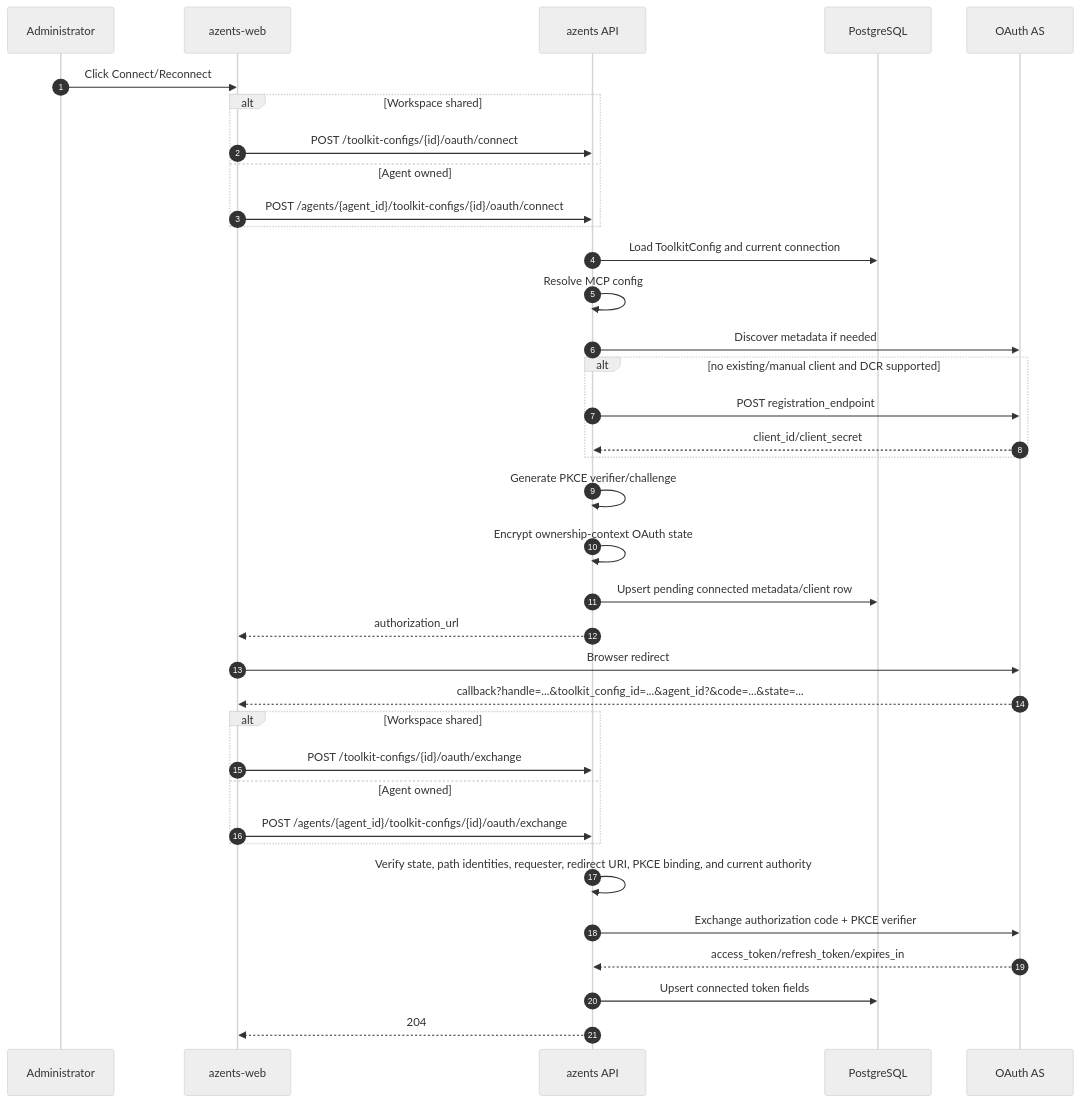
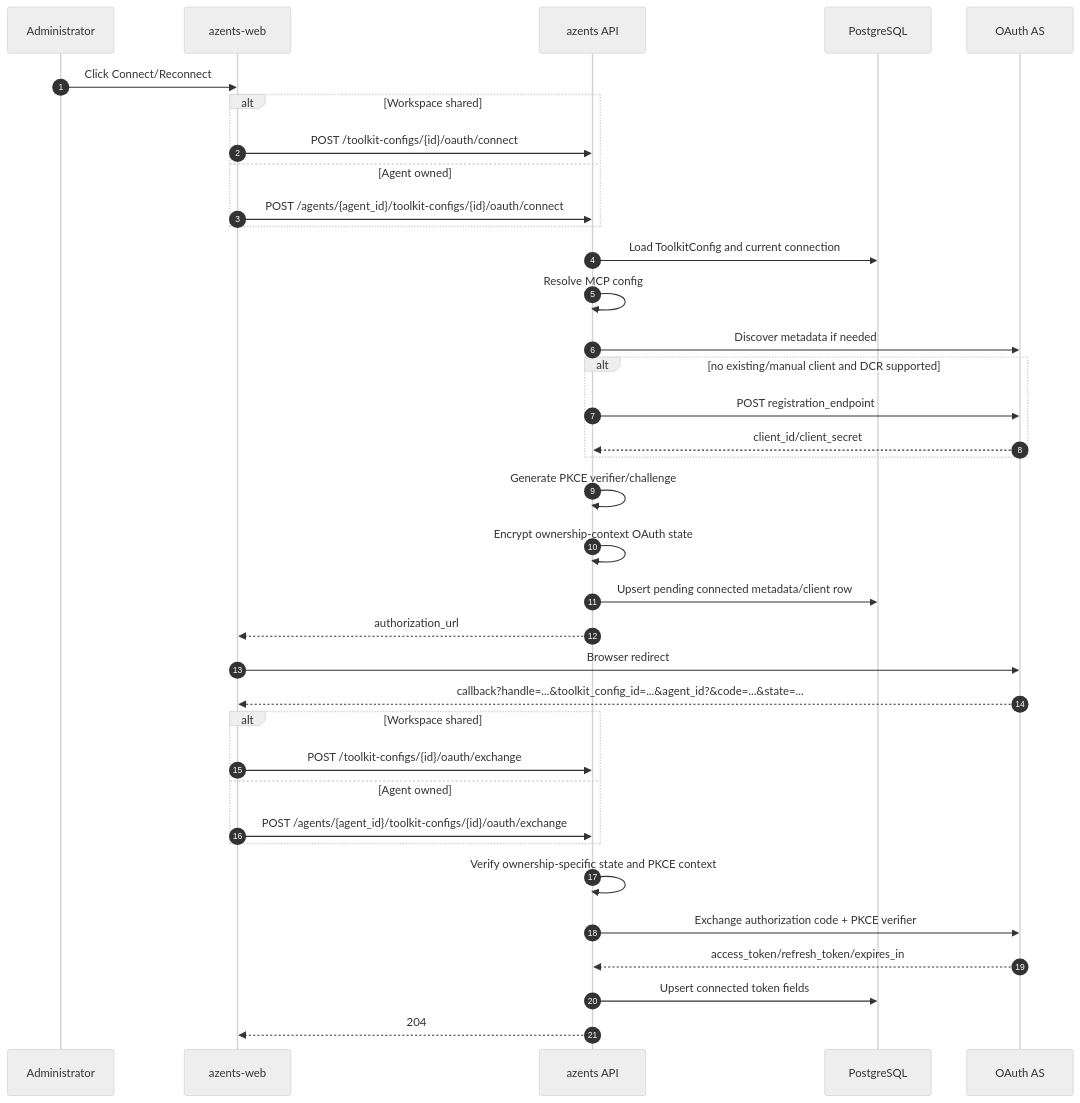
Before and after one commit to azents/azents: the first of 2 diagrams in docs/azents/spec/flow/mcp-oauth.md, drawn with Mermaid (neutral theme). The commit also changed other lines of this file and 17 other files, not shown here.

````diff
--- a/docs/azents/spec/flow/mcp-oauth.md
+++ b/docs/azents/spec/flow/mcp-oauth.md
@@ -106,39 +142,39 @@
 ```mermaid
 sequenceDiagram
     autonumber
     participant Administrator
     participant FE as azents-web
     participant API as azents API
     participant DB as PostgreSQL
     participant AS as OAuth AS
 
     Administrator->>FE: Click Connect/Reconnect
     alt Workspace shared
         FE->>API: POST /toolkit-configs/{id}/oauth/connect
     else Agent owned
         FE->>API: POST /agents/{agent_id}/toolkit-configs/{id}/oauth/connect
     end
     API->>DB: Load ToolkitConfig and current connection
     API->>API: Resolve MCP config
     API->>AS: Discover metadata if needed
     alt no existing/manual client and DCR supported
         API->>AS: POST registration_endpoint
         AS-->>API: client_id/client_secret
     end
     API->>API: Generate PKCE verifier/challenge
     API->>API: Encrypt ownership-context OAuth state
     API->>DB: Upsert pending connected metadata/client row
     API-->>FE: authorization_url
     FE->>AS: Browser redirect
     AS-->>FE: callback?handle=...&toolkit_config_id=...&agent_id?&code=...&state=...
     alt Workspace shared
         FE->>API: POST /toolkit-configs/{id}/oauth/exchange
     else Agent owned
         FE->>API: POST /agents/{agent_id}/toolkit-configs/{id}/oauth/exchange
     end
-    API->>API: Verify state, path identities, requester, redirect URI, PKCE binding, and current authority
+    API->>API: Verify ownership-specific state and PKCE context
     API->>AS: Exchange authorization code + PKCE verifier
     AS-->>API: access_token/refresh_token/expires_in
     API->>DB: Upsert connected token fields
     API-->>FE: 204
 ```
````
